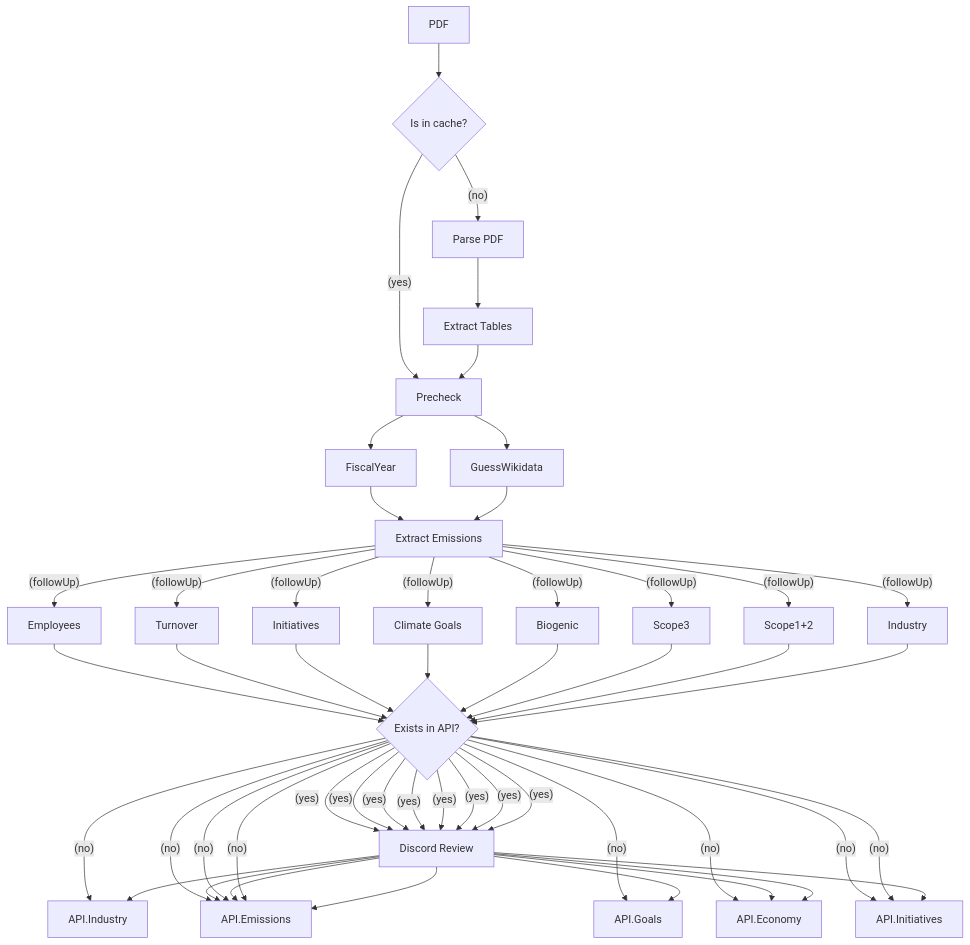
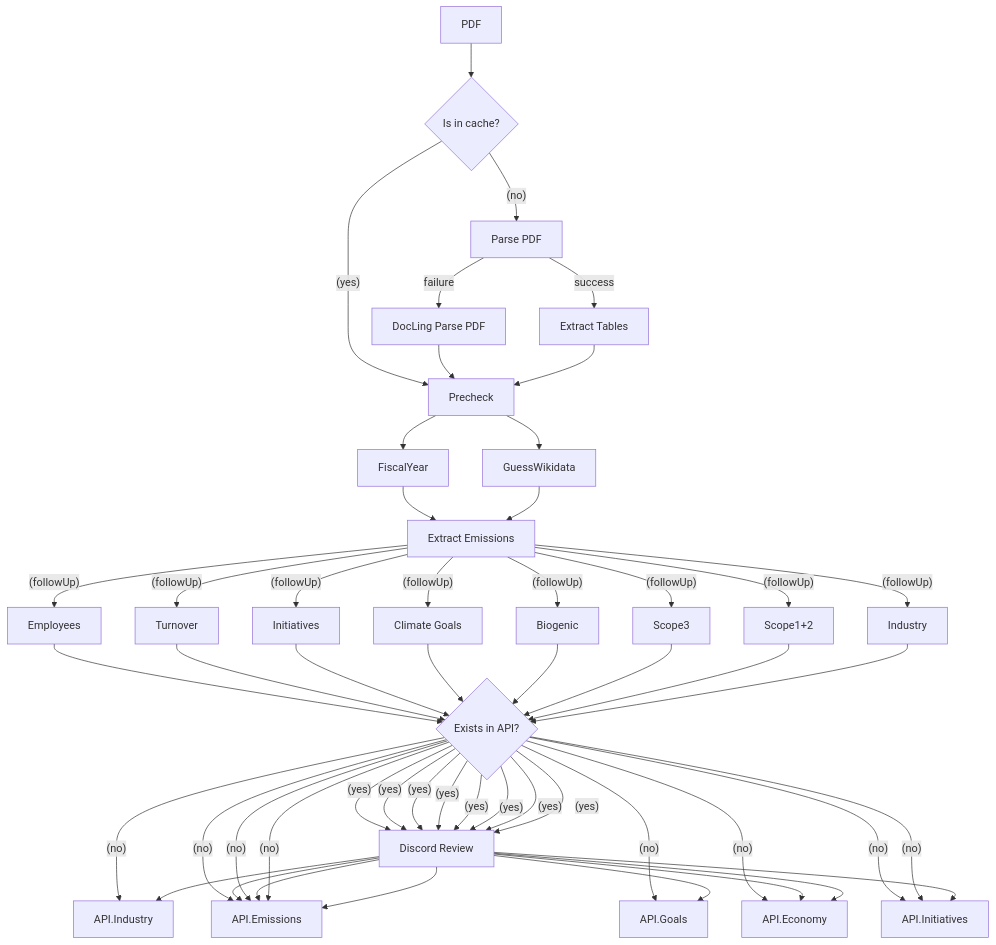
The diagram in README.md (Klimatbyran/garbo), drawn with Mermaid before and after one commit. The commit also changed 12 other files, not shown here.

````diff
--- a/README.md
+++ b/README.md
@@ -19,39 +19,42 @@
 ```mermaid
 flowchart TB
 
     PDF[PDF]
     Cache{Is in cache?}
     NLM[Parse PDF]
+    DocLing[DocLing Parse PDF]
     Tables[Extract Tables]
     Emissions[Extract Emissions]
 
     Industry[Industry]
     Goals[Climate Goals]
     Review[Discord Review]
 
     Precheck --> GuessWikidata --> Emissions
     Precheck --> FiscalYear --> Emissions
 
-    PDF --> Cache --(no)--> NLM --> Tables --> Precheck
+    PDF --> Cache --(no)--> NLM
+    NLM --success--> Tables --> Precheck
+    NLM --failure--> DocLing --> Precheck
 
     Cache --(yes)--> Precheck
 
     CheckDB{Exists in API?}
 
     Emissions --(followUp)--> Industry --> CheckDB --(yes)--> Review --> API.Industry
                                            CheckDB --(no)--> API.Industry
     Emissions --(followUp)--> Scope1+2 --> CheckDB --(yes)--> Review --> API.Emissions
                                            CheckDB --(no)--> API.Emissions
     Emissions --(followUp)--> Scope3 --> CheckDB --(yes)--> Review --> API.Emissions
                                            CheckDB --(no)--> API.Emissions
     Emissions --(followUp)--> Biogenic --> CheckDB --(yes)--> Review --> API.Emissions
                                            CheckDB --(no)--> API.Emissions
     Emissions --(followUp)--> Goals --> CheckDB --(yes)--> Review --> API.Goals
                                            CheckDB --(no)--> API.Goals
     Emissions --(followUp)--> Initiatives --> CheckDB --(yes)--> Review --> API.Initiatives
                                            CheckDB --(no)--> API.Initiatives
     Emissions --(followUp)--> Turnover --> CheckDB --(yes)--> Review --> API.Economy
                                            CheckDB --(no)--> API.Initiatives
     Emissions --(followUp)--> Employees --> CheckDB --(yes)--> Review --> API.Economy
                                            CheckDB --(no)--> API.Economy
 ```
````
